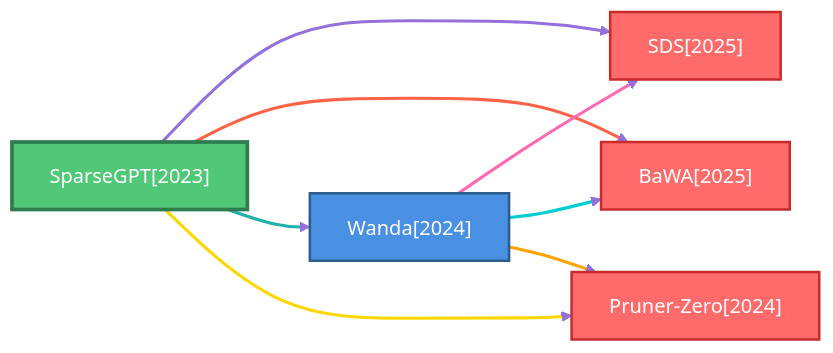
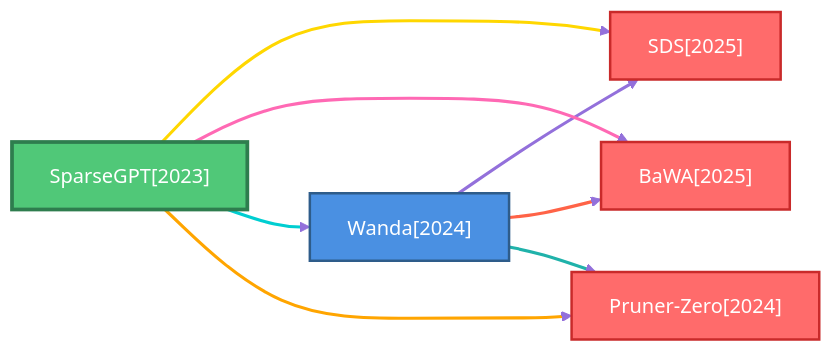
One commit to hustzxd/EfficientPaper changed the third of 6 diagrams in docs/baseline_methods_graph.md. Above: the diagram before and after it, drawn with Mermaid. The commit also changed other lines of this file and 15 other files, not shown here.

````diff
--- a/docs/baseline_methods_graph.md
+++ b/docs/baseline_methods_graph.md
@@ -93,33 +93,33 @@
 ```mermaid
 flowchart LR
     classDef defaultNode fill:#4A90E2,stroke:#2E5C8A,stroke-width:2px,color:#fff
     classDef rootNode fill:#50C878,stroke:#2E7D4E,stroke-width:3px,color:#fff
     classDef leafNode fill:#FF6B6B,stroke:#C92A2A,stroke-width:2px,color:#fff
     linkStyle default stroke:#9370DB,stroke-width:2px
 
+    2024_Wanda["Wanda[2024]"]
+    class 2024_Wanda defaultNode
+    2025_SDS["SDS[2025]"]
+    class 2025_SDS leafNode
     2025_BaWA["BaWA[2025]"]
     class 2025_BaWA leafNode
     2023_SparseGPT["SparseGPT[2023]"]
     class 2023_SparseGPT rootNode
-    2025_SDS["SDS[2025]"]
-    class 2025_SDS leafNode
     2024_Pruner_Zero["Pruner-Zero[2024]"]
     class 2024_Pruner_Zero leafNode
-    2024_Wanda["Wanda[2024]"]
-    class 2024_Wanda defaultNode
 
+    2024_Wanda ==>|" "| 2025_SDS
+    linkStyle 0 stroke:#9370DB,stroke-width:2.5px
+    2024_Wanda ==>|" "| 2025_BaWA
+    linkStyle 1 stroke:#FF6347,stroke-width:2.5px
+    2024_Wanda ==>|" "| 2024_Pruner_Zero
+    linkStyle 2 stroke:#20B2AA,stroke-width:2.5px
     2023_SparseGPT ==>|" "| 2025_SDS
-    linkStyle 0 stroke:#9370DB,stroke-width:2.5px
+    linkStyle 3 stroke:#FFD700,stroke-width:2.5px
     2023_SparseGPT ==>|" "| 2025_BaWA
-    linkStyle 1 stroke:#FF6347,stroke-width:2.5px
+    linkStyle 4 stroke:#FF69B4,stroke-width:2.5px
     2023_SparseGPT ==>|" "| 2024_Wanda
-    linkStyle 2 stroke:#20B2AA,stroke-width:2.5px
+    linkStyle 5 stroke:#00CED1,stroke-width:2.5px
     2023_SparseGPT ==>|" "| 2024_Pruner_Zero
-    linkStyle 3 stroke:#FFD700,stroke-width:2.5px
-    2024_Wanda ==>|" "| 2025_SDS
-    linkStyle 4 stroke:#FF69B4,stroke-width:2.5px
-    2024_Wanda ==>|" "| 2025_BaWA
-    linkStyle 5 stroke:#00CED1,stroke-width:2.5px
-    2024_Wanda ==>|" "| 2024_Pruner_Zero
     linkStyle 6 stroke:#FFA500,stroke-width:2.5px
 ```
````
